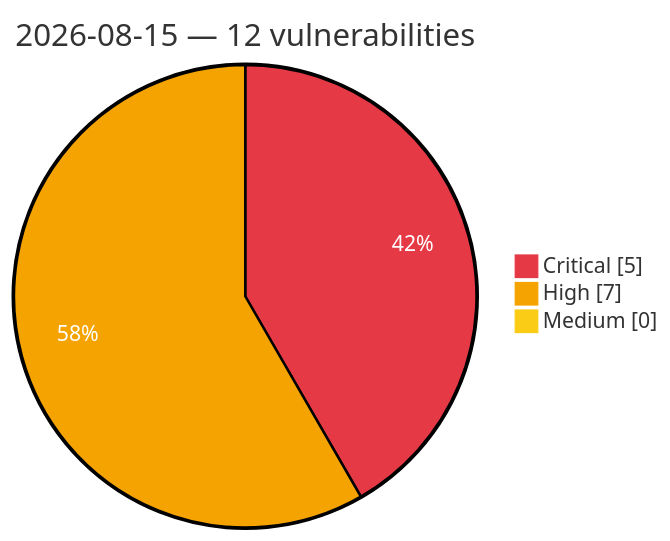
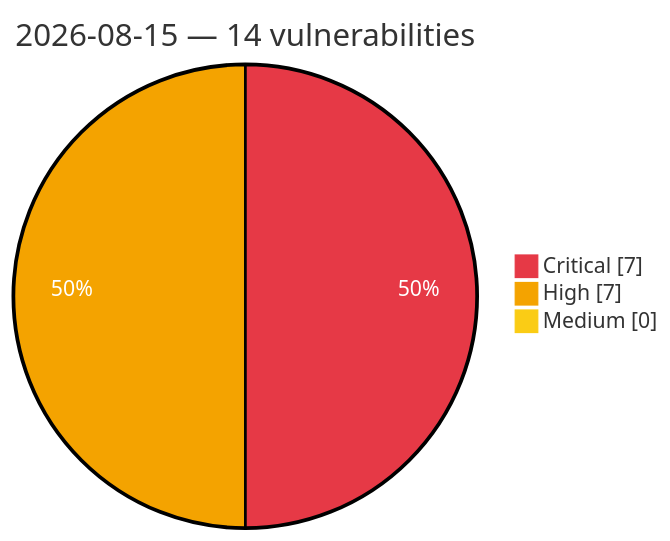
Before and after one commit to GhostX0X/vuln-tracker: the diagram in vulnerabilities/2026/August/2026-08-15.md, drawn with Mermaid. The commit also changed other lines of this file and 5 other files, not shown here.

````diff
--- a/vulnerabilities/2026/August/2026-08-15.md
+++ b/vulnerabilities/2026/August/2026-08-15.md
@@ -3,8 +3,8 @@
 ```mermaid
 %%{init: {'theme':'base', 'themeVariables': {'pie1':'#e63946', 'pie2':'#f4a300', 'pie3':'#facc15', 'pieOpacity':'1', 'pieOuterStrokeWidth':'2px', 'pieSectionTextColor':'#ffffff'}}}%%
 pie showData
-    title 2026-08-15 — 12 vulnerabilities
-    "Critical" : 5
+    title 2026-08-15 — 14 vulnerabilities
+    "Critical" : 7
     "High" : 7
     "Medium" : 0
 ```
````
